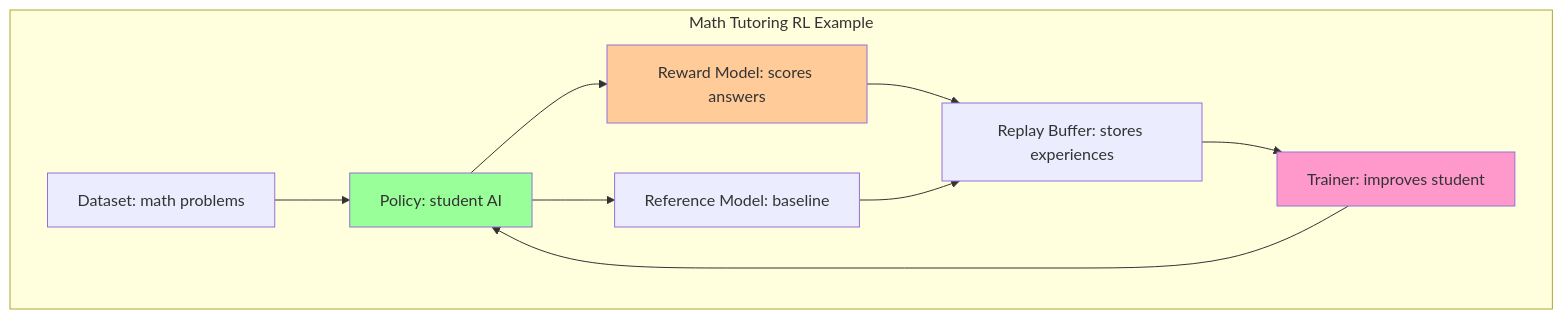
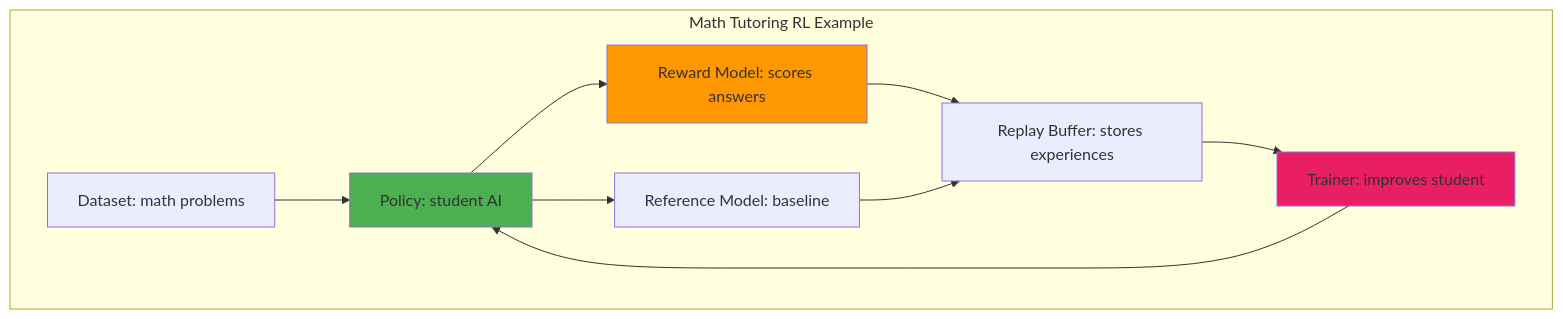
One commit to meta-pytorch/torchforge changed the first of 4 diagrams in docs/Tutorials/1_RL_and_Forge_Fundamentals.MD. Above: the diagram before and after it, drawn with Mermaid. The commit also changed other lines of this file and 2 other files, not shown here.

````diff
--- a/docs/Tutorials/1_RL_and_Forge_Fundamentals.MD
+++ b/docs/Tutorials/1_RL_and_Forge_Fundamentals.MD
@@ -9,23 +9,23 @@
 ```mermaid
 graph TD
     subgraph Example["Math Tutoring RL Example"]
         Dataset["Dataset: math problems"]
         Policy["Policy: student AI"]
         Reward["Reward Model: scores answers"]
         Reference["Reference Model: baseline"]
         ReplayBuffer["Replay Buffer: stores experiences"]
         Trainer["Trainer: improves student"]
     end
     
     Dataset --> Policy
     Policy --> Reward
     Policy --> Reference
     Reward --> ReplayBuffer
     Reference --> ReplayBuffer
     ReplayBuffer --> Trainer
     Trainer --> Policy
     
-    style Policy fill:#99ff99
-    style Reward fill:#ffcc99
-    style Trainer fill:#ff99cc
+    style Policy fill:#4CAF50
+    style Reward fill:#FF9800
+    style Trainer fill:#E91E63
 ```
````
